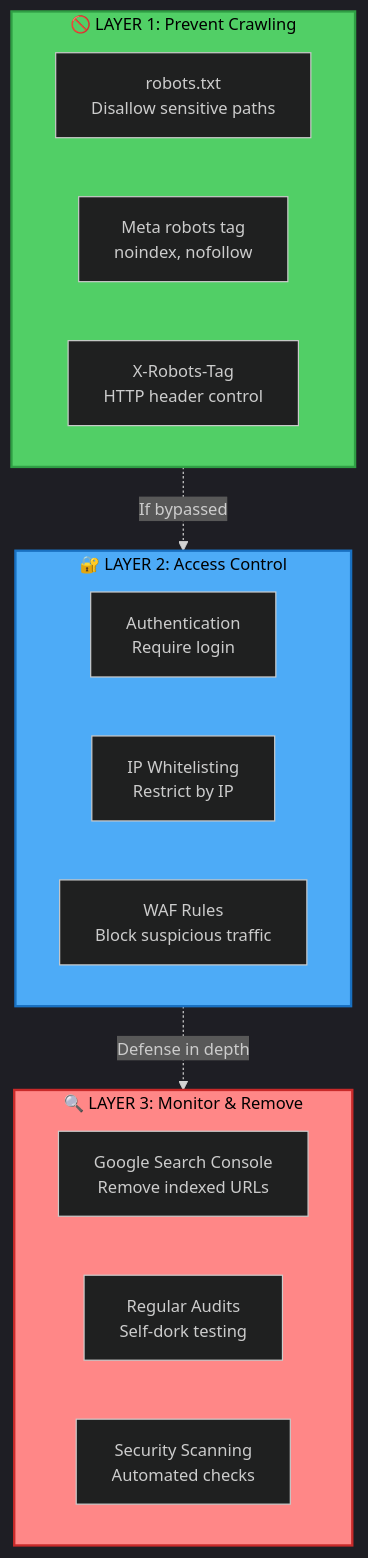
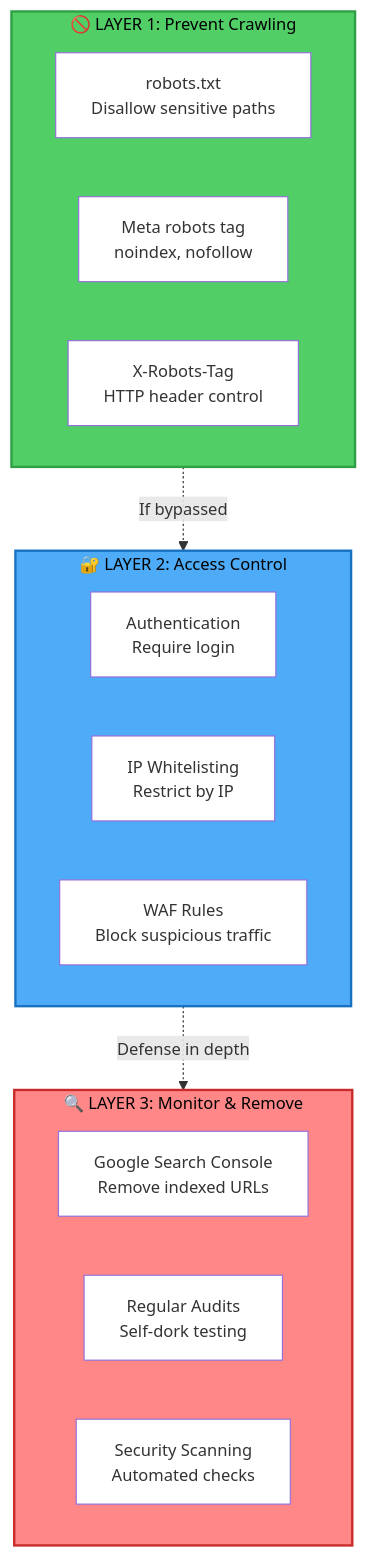
Before and after one commit to mizazhaider-ceh/Web-Security-Google-Dorking: the sixth of 7 diagrams in README.md, drawn with Mermaid. The commit also changed other lines of this file, not shown here.

````diff
--- a/README.md
+++ b/README.md
@@ -333,28 +333,28 @@
 ```mermaid
-%%{init: {'theme':'dark', 'themeVariables': { 'fontSize':'14px'}}}%%
+%%{init: {'theme':'default', 'themeVariables': { 'background':'#ffffff','mainBkg':'#ffffff','secondaryBkg':'#ffffff','tertiaryBkg':'#ffffff','clusterBkg':'#ffffff','fontSize':'14px'}}}%%
 graph TB
     subgraph Layer1["🚫 LAYER 1: Prevent Crawling"]
         A["robots.txt<br/>Disallow sensitive paths"]
         B["Meta robots tag<br/>noindex, nofollow"]
         C["X-Robots-Tag<br/>HTTP header control"]
     end
     
     subgraph Layer2["🔐 LAYER 2: Access Control"]
         D["Authentication<br/>Require login"]
         E["IP Whitelisting<br/>Restrict by IP"]
         F["WAF Rules<br/>Block suspicious traffic"]
     end
     
     subgraph Layer3["🔍 LAYER 3: Monitor & Remove"]
         G["Google Search Console<br/>Remove indexed URLs"]
         H["Regular Audits<br/>Self-dork testing"]
         I["Security Scanning<br/>Automated checks"]
     end
     
     Layer1 -.->|If bypassed| Layer2
     Layer2 -.->|Defense in depth| Layer3
     
     style Layer1 fill:#51cf66,stroke:#2f9e44,stroke-width:2px,color:#000
     style Layer2 fill:#4dabf7,stroke:#1971c2,stroke-width:2px,color:#000
     style Layer3 fill:#ff8787,stroke:#c92a2a,stroke-width:2px,color:#000
 ```
````
